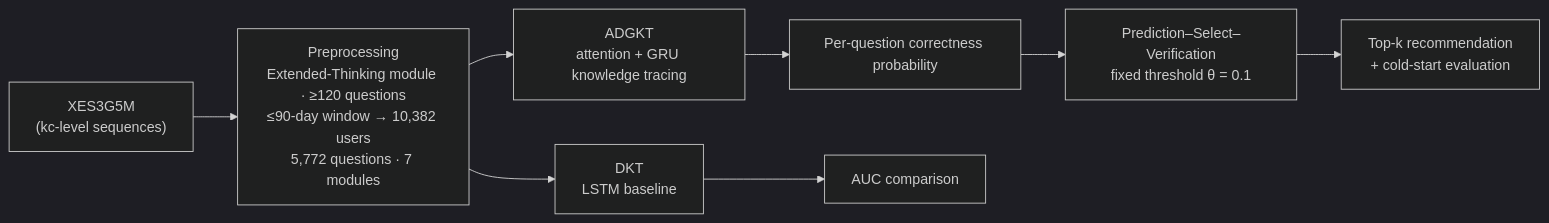
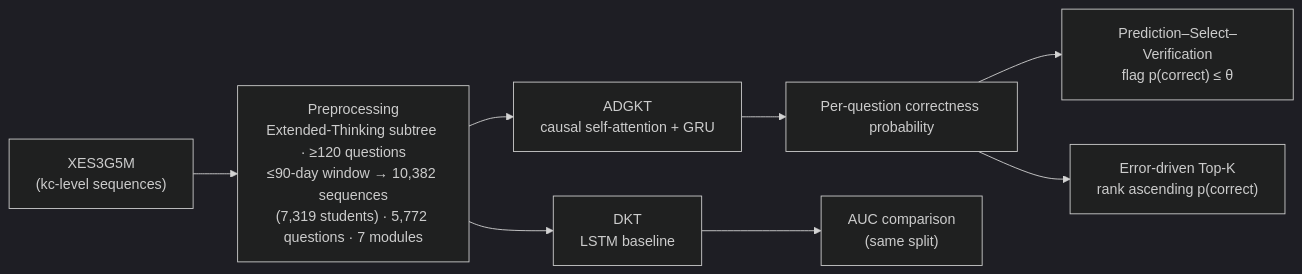
One commit to Jiaclv/error-driven-question-recommender changed the diagram in README.md. Above: the diagram before and after it, drawn with Mermaid (dark theme). The commit also changed other lines of this file and 34 other files, not shown here.

````diff
--- a/README.md
+++ b/README.md
@@ -29,10 +28,10 @@
 ```mermaid
 flowchart LR
-    A["XES3G5M<br/>(kc-level sequences)"] --> B["Preprocessing<br/>Extended-Thinking module · ≥120 questions<br/>≤90-day window → 10,382 users<br/>5,772 questions · 7 modules"]
-    B --> C["ADGKT<br/>attention + GRU knowledge tracing"]
+    A["XES3G5M<br/>(kc-level sequences)"] --> B["Preprocessing<br/>Extended-Thinking subtree · ≥120 questions<br/>≤90-day window → 10,382 sequences<br/>(7,319 students) · 5,772 questions · 7 modules"]
+    B --> C["ADGKT<br/>causal self-attention + GRU"]
     B --> E["DKT<br/>LSTM baseline"]
     C --> D["Per-question correctness probability"]
-    E --> F["AUC comparison"]
-    D --> G["Prediction–Select–Verification<br/>fixed threshold θ = 0.1"]
-    G --> H["Top-k recommendation<br/>+ cold-start evaluation"]
+    E --> F["AUC comparison<br/>(same split)"]
+    D --> G["Prediction–Select–Verification<br/>flag p(correct) ≤ θ"]
+    D --> H["Error-driven Top-K<br/>rank ascending p(correct)"]
 ```
````
